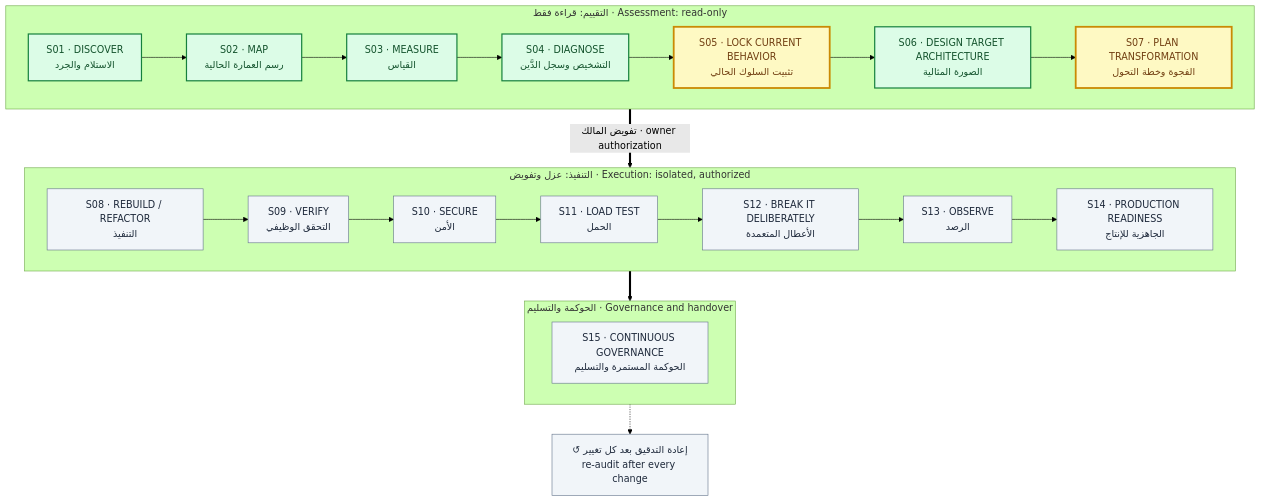
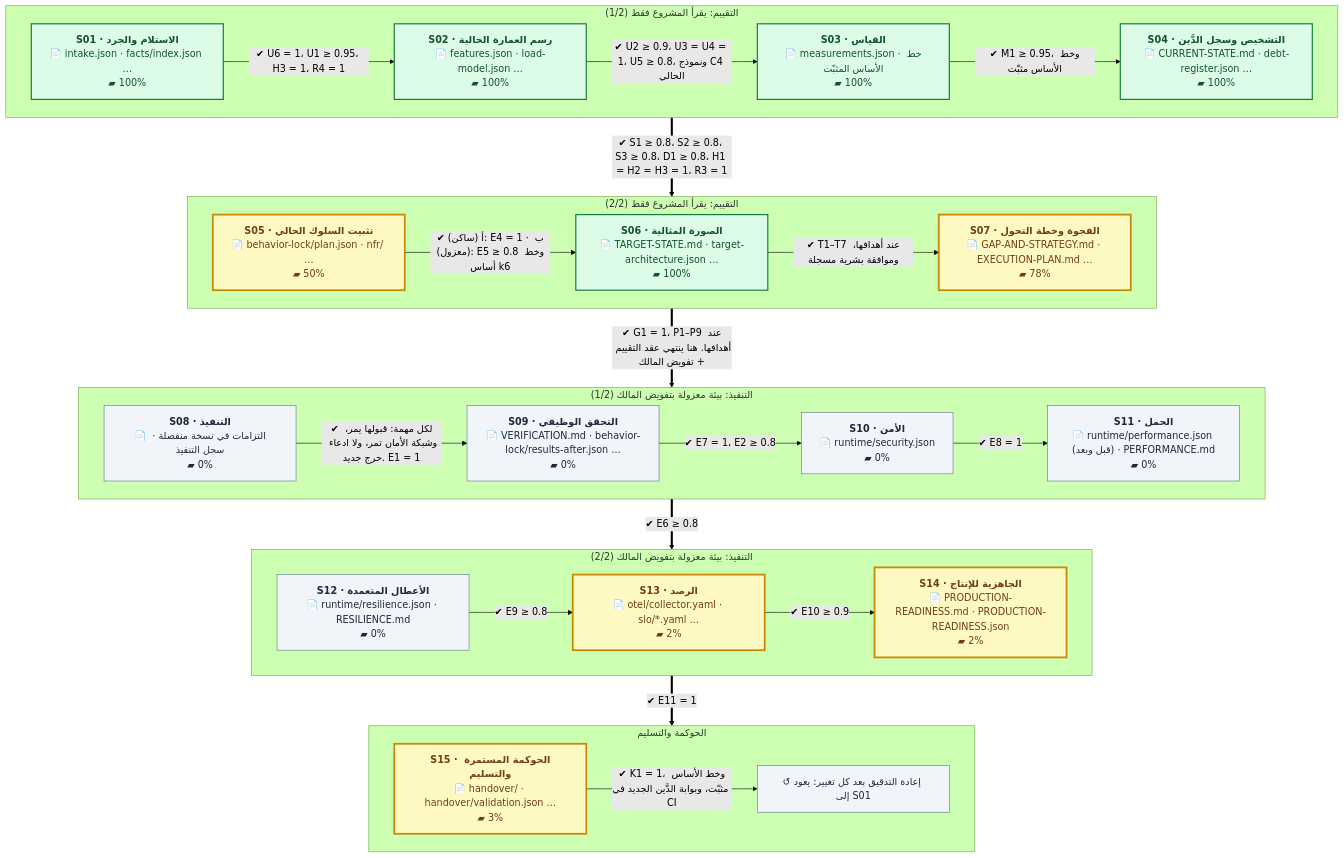
Before and after one commit to eom1417/engineering-audit-os: the first of 2 diagrams in README.md, drawn with Mermaid (forest theme). The commit also changed other lines of this file and 8 other files, not shown here.

````diff
--- a/README.md
+++ b/README.md
@@ -213,37 +52,54 @@
 ```mermaid
+%%{init: {'flowchart': {'wrappingWidth': 260, 'nodeSpacing': 40, 'rankSpacing': 60}}}%%
 flowchart TB
-    subgraph ASSESS["التقييم: قراءة فقط · Assessment: read-only"]
+    subgraph P1["التقييم: يقرأ المشروع فقط (1/2)"]
         direction LR
-        S01["S01 · DISCOVER<br/>الاستلام والجرد"]:::done
-        S02["S02 · MAP<br/>رسم العمارة الحالية"]:::done
-        S03["S03 · MEASURE<br/>القياس"]:::done
-        S04["S04 · DIAGNOSE<br/>التشخيص وسجل الدَّين"]:::done
-        S05["S05 · LOCK CURRENT BEHAVIOR<br/>تثبيت السلوك الحالي"]:::current
-        S06["S06 · DESIGN TARGET ARCHITECTURE<br/>الصورة المثالية"]:::done
-        S07["S07 · PLAN TRANSFORMATION<br/>الفجوة وخطة التحول"]:::current
-        S01 --> S02 --> S03 --> S04 --> S05 --> S06 --> S07
+        S01["<b>S01 · الاستلام والجرد</b><br/>📄 intake.json · facts/index.json …<br/>▰ 100%"]:::done
+        S02["<b>S02 · رسم العمارة الحالية</b><br/>📄 features.json · load-model.json …<br/>▰ 100%"]:::done
+        S03["<b>S03 · القياس</b><br/>📄 measurements.json · خط الأساس المثبّت<br/>▰ 100%"]:::done
+        S04["<b>S04 · التشخيص وسجل الدَّين</b><br/>📄 CURRENT-STATE.md · debt-register.json …<br/>▰ 100%"]:::done
+        S01 -->|"✔ U6 = 1، U1 ≥ 0.95، H3 = 1، R4 = 1"| S02
+        S02 -->|"✔ U2 ≥ 0.9، U3 = U4 = 1، U5 ≥ 0.8، ونموذج C4 الحالي"| S03
+        S03 -->|"✔ M1 ≥ 0.95، وخط الأساس مثبّت"| S04
     end
-    subgraph EXECUTE["التنفيذ: عزل وتفويض · Execution: isolated, authorized"]
+    subgraph P2["التقييم: يقرأ المشروع فقط (2/2)"]
         direction LR
-        S08["S08 · REBUILD / REFACTOR<br/>التنفيذ"]:::next
-        S09["S09 · VERIFY<br/>التحقق الوظيفي"]:::next
-        S10["S10 · SECURE<br/>الأمن"]:::next
-        S11["S11 · LOAD TEST<br/>الحمل"]:::next
-        S12["S12 · BREAK IT DELIBERATELY<br/>الأعطال المتعمدة"]:::next
-        S13["S13 · OBSERVE<br/>الرصد"]:::next
-        S14["S14 · PRODUCTION READINESS<br/>الجاهزية للإنتاج"]:::next
-        S08 --> S09 --> S10 --> S11 --> S12 --> S13 --> S14
+        S05["<b>S05 · تثبيت السلوك الحالي</b><br/>📄 behavior-lock/plan.json · nfr/ …<br/>▰ 50%"]:::current
+        S06["<b>S06 · الصورة المثالية</b><br/>📄 TARGET-STATE.md · target-architecture.json …<br/>▰ 100%"]:::done
+        S07["<b>S07 · الفجوة وخطة التحول</b><br/>📄 GAP-AND-STRATEGY.md · EXECUTION-PLAN.md …<br/>▰ 78%"]:::current
+        S05 -->|"✔ أ (ساكن): E4 = 1 · ب (معزول): E5 ≥ 0.8 وخط أساس k6"| S06
+        S06 -->|"✔ T1–T7 عند أهدافها، وموافقة بشرية مسجلة"| S07
     end
-    subgraph GOVERN["الحوكمة والتسليم · Governance and handover"]
+    subgraph P3["التنفيذ: بيئة معزولة بتفويض المالك (1/2)"]
         direction LR
-        S15["S15 · CONTINUOUS GOVERNANCE<br/>الحوكمة المستمرة والتسليم"]:::next
+        S08["<b>S08 · التنفيذ</b><br/>📄 التزامات في نسخة منفصلة · سجل التنفيذ<br/>▰ 0%"]:::next
+        S09["<b>S09 · التحقق الوظيفي</b><br/>📄 VERIFICATION.md · behavior-lock/results-after.json …<br/>▰ 0%"]:::next
+        S10["<b>S10 · الأمن</b><br/>📄 runtime/security.json<br/>▰ 0%"]:::next
+        S11["<b>S11 · الحمل</b><br/>📄 runtime/performance.json (قبل وبعد) · PERFORMANCE.md<br/>▰ 0%"]:::next
+        S08 -->|"✔ لكل مهمة: قبولها يمر، وشبكة الأمان تمر، ولا ادعاء حرج جديد. E1 = 1"| S09
+        S09 -->|"✔ E7 = 1، E2 ≥ 0.8"| S10
+        S10 -->|"✔ E8 = 1"| S11
     end
-    ASSESS ==>|تفويض المالك · owner authorization| EXECUTE
-    EXECUTE ==> GOVERN
-    LOOP["↺ إعادة التدقيق بعد كل تغيير<br/>re-audit after every change"]:::next
-    GOVERN -.-> LOOP
+    subgraph P4["التنفيذ: بيئة معزولة بتفويض المالك (2/2)"]
+        direction LR
+        S12["<b>S12 · الأعطال المتعمدة</b><br/>📄 runtime/resilience.json · RESILIENCE.md<br/>▰ 0%"]:::next
+        S13["<b>S13 · الرصد</b><br/>📄 otel/collector.yaml · slo/*.yaml …<br/>▰ 2%"]:::current
+        S14["<b>S14 · الجاهزية للإنتاج</b><br/>📄 PRODUCTION-READINESS.md · PRODUCTION-READINESS.json<br/>▰ 2%"]:::current
+        S12 -->|"✔ E9 ≥ 0.8"| S13
+        S13 -->|"✔ E10 ≥ 0.9"| S14
+    end
+    subgraph P5["الحوكمة والتسليم"]
+        direction LR
+        S15["<b>S15 · الحوكمة المستمرة والتسليم</b><br/>📄 handover/ · handover/validation.json …<br/>▰ 3%"]:::current
+        LOOP["↺ إعادة التدقيق بعد كل تغيير: يعود إلى S01"]:::next
+        S15 -->|"✔ K1 = 1، وخط الأساس مثبّت، وبوابة الدَّين الجديد في CI"| LOOP
+    end
+    P1 ==>|"✔ S1 ≥ 0.8، S2 ≥ 0.8، S3 ≥ 0.8، D1 ≥ 0.8، H1 = H2 = H3 = 1، R3 = 1"| P2
+    P2 ==>|"✔ G1 = 1، P1–P9 عند أهدافها. هنا ينتهي عقد التقييم + تفويض المالك"| P3
+    P3 ==>|"✔ E6 ≥ 0.8"| P4
+    P4 ==>|"✔ E11 = 1"| P5
     classDef done fill:#dcfce7,stroke:#15803d,color:#14532d,stroke-width:2px
     classDef current fill:#fef9c3,stroke:#ca8a04,color:#713f12,stroke-width:3px
     classDef next fill:#f1f5f9,stroke:#64748b,color:#1e293b
     classDef owner fill:#fee2e2,stroke:#b91c1c,color:#7f1d1d,stroke-dasharray:5 3
 ```
````
